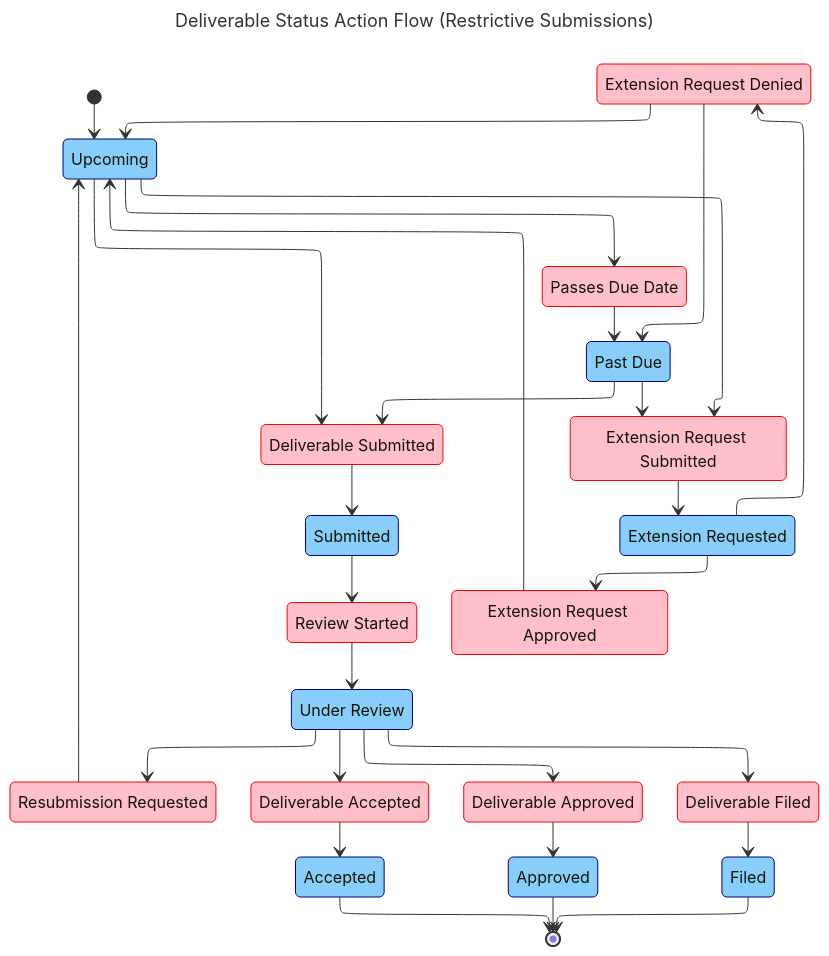
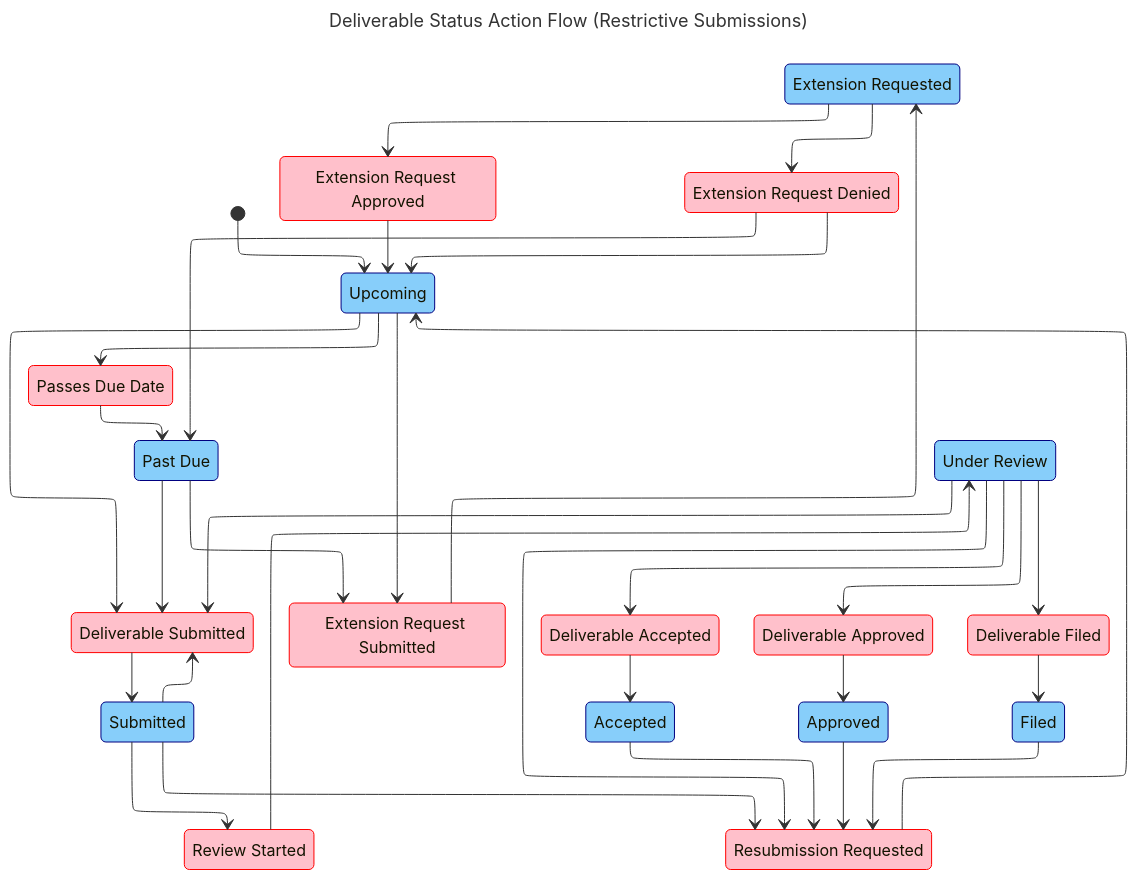
One commit to Enterprise-CMCS/demos changed the diagram in data/docs/Deliverable_Status_Action_Flow_Restrictive_Submissions.mmd. Above: the diagram before and after it, drawn with Mermaid. The commit also changed 3 other files, not shown here.

```diff
--- a/data/docs/Deliverable_Status_Action_Flow_Restrictive_Submissions.mmd
+++ b/data/docs/Deliverable_Status_Action_Flow_Restrictive_Submissions.mmd
@@ -1,85 +1,88 @@
 ---
 title: Deliverable Status Action Flow (Restrictive Submissions)
 config:
   theme: default
   layout: elk
   elk:
     nodePlacementStrategy: BRANDES_KOEPF
 ---
 
 stateDiagram-v2
   classDef actionNode stroke:red,fill:pink
   classDef stateNode stroke:navy,fill:lightskyblue
 
   %% Actions
   [*] --> upcoming
   upcoming --> actionDeliverableSubmitted
   upcoming --> actionPassesDueDate
   upcoming --> actionExtensionRequestSubmitted
   pastDue --> actionDeliverableSubmitted
   pastDue --> actionExtensionRequestSubmitted
   submitted --> actionReviewStarted
+  submitted --> actionDeliverableSubmitted
+  submitted --> actionResubmissionRequested
   extensionRequested --> actionExtensionRequestApproved
   extensionRequested --> actionExtensionRequestDenied
+  underReview --> actionDeliverableSubmitted
   underReview --> actionResubmissionRequested
   underReview --> actionDeliverableAccepted
   underReview --> actionDeliverableApproved
   underReview --> actionDeliverableFiled
-  accepted --> [*]
-  approved --> [*]
-  filed --> [*]
+  accepted --> actionResubmissionRequested
+  approved --> actionResubmissionRequested
+  filed --> actionResubmissionRequested
 
   %% Action results
   actionPassesDueDate --> pastDue
   actionDeliverableSubmitted --> submitted
   actionReviewStarted --> underReview
   actionResubmissionRequested --> upcoming
   actionExtensionRequestSubmitted --> extensionRequested
   actionExtensionRequestApproved --> upcoming
   actionExtensionRequestDenied --> upcoming
   actionExtensionRequestDenied --> pastDue
   actionDeliverableApproved --> approved
   actionDeliverableAccepted --> accepted
   actionDeliverableFiled --> filed
 
   %% State Nodes
   state "Upcoming" as upcoming
   state "Past Due" as pastDue
   state "Submitted" as submitted
   state "Under Review" as underReview
   state "Approved" as approved
   state "Accepted" as accepted
   state "Filed" as filed
   state "Extension Requested" as extensionRequested
 
   class upcoming stateNode
   class pastDue stateNode
   class submitted stateNode
   class underReview stateNode
   class approved stateNode
   class accepted stateNode
   class filed stateNode
   class extensionRequested stateNode
 
   %% Action Nodes
   state "Passes Due Date" as actionPassesDueDate
   state "Deliverable Submitted" as actionDeliverableSubmitted
   state "Review Started" as actionReviewStarted
   state "Resubmission Requested" as actionResubmissionRequested
   state "Extension Request Submitted" as actionExtensionRequestSubmitted
   state "Extension Request Approved" as actionExtensionRequestApproved
   state "Extension Request Denied" as actionExtensionRequestDenied
   state "Deliverable Approved" as actionDeliverableApproved
   state "Deliverable Accepted" as actionDeliverableAccepted
   state "Deliverable Filed" as actionDeliverableFiled
 
   class actionPassesDueDate actionNode
   class actionDeliverableSubmitted actionNode
   class actionReviewStarted actionNode
   class actionResubmissionRequested actionNode
   class actionExtensionRequestSubmitted actionNode
   class actionExtensionRequestApproved actionNode
   class actionExtensionRequestDenied actionNode
   class actionDeliverableApproved actionNode
   class actionDeliverableAccepted actionNode
   class actionDeliverableFiled actionNode
```
